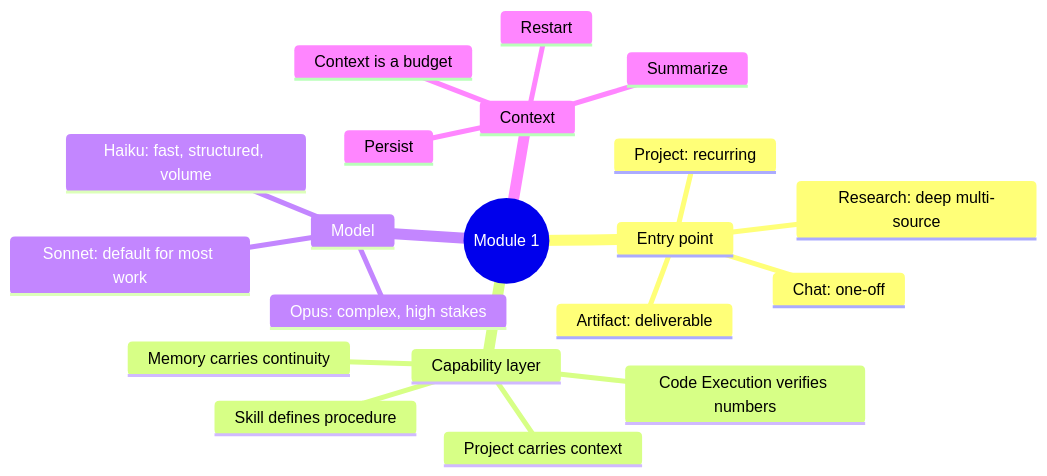
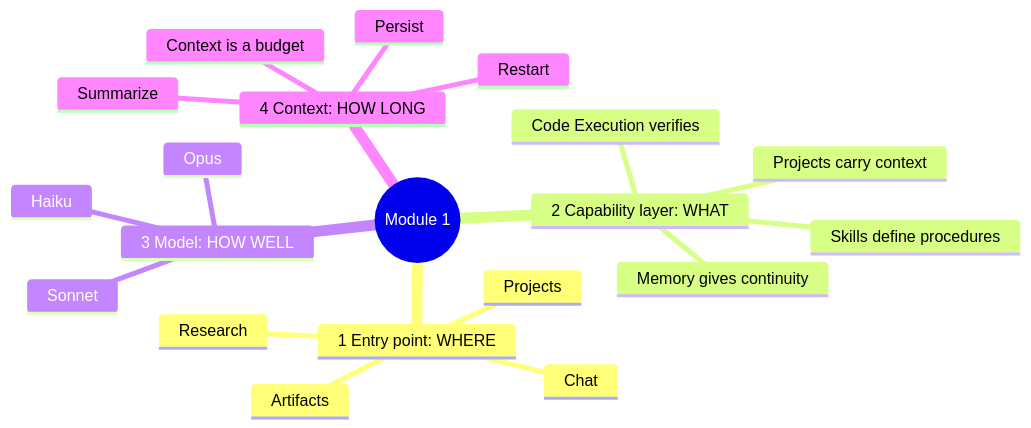
One commit to saurabhSMS1987/Public_Learning-DE-DS-ML-AI changed the first of 7 diagrams in 008 CCAO- F Certification Prep/Module-1-Platform-and-Model-Foundations.md. Above: the diagram before and after it, drawn with Mermaid. The commit also changed other lines of this file and 1 other file, not shown here.

````diff
--- a/008 CCAO- F Certification Prep/Module-1-Platform-and-Model-Foundations.md
+++ b/008 CCAO- F Certification Prep/Module-1-Platform-and-Model-Foundations.md
@@ -31,23 +10,23 @@
 ```mermaid
 mindmap
   root((Module 1))
-    Entry point
-      Chat: one-off
-      Project: recurring
-      Artifact: deliverable
-      Research: deep multi-source
-    Capability layer
-      Project carries context
-      Skill defines procedure
-      Code Execution verifies numbers
-      Memory carries continuity
-    Model
-      Haiku: fast, structured, volume
-      Sonnet: default for most work
-      Opus: complex, high stakes
-    Context
+    1 Entry point: WHERE
+      Chat
+      Projects
+      Artifacts
+      Research
+    2 Capability layer: WHAT
+      Projects carry context
+      Skills define procedures
+      Code Execution verifies
+      Memory gives continuity
+    3 Model: HOW WELL
+      Haiku
+      Sonnet
+      Opus
+    4 Context: HOW LONG
       Context is a budget
       Restart
       Summarize
       Persist
 ```
````
